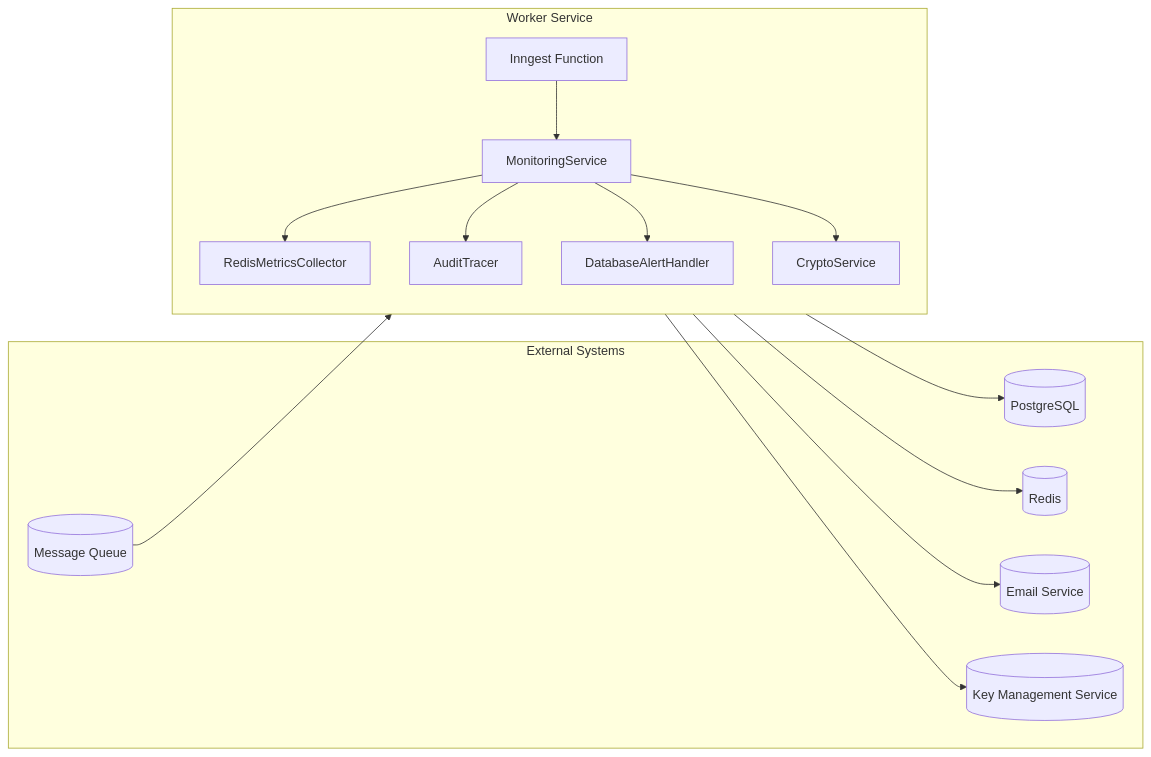
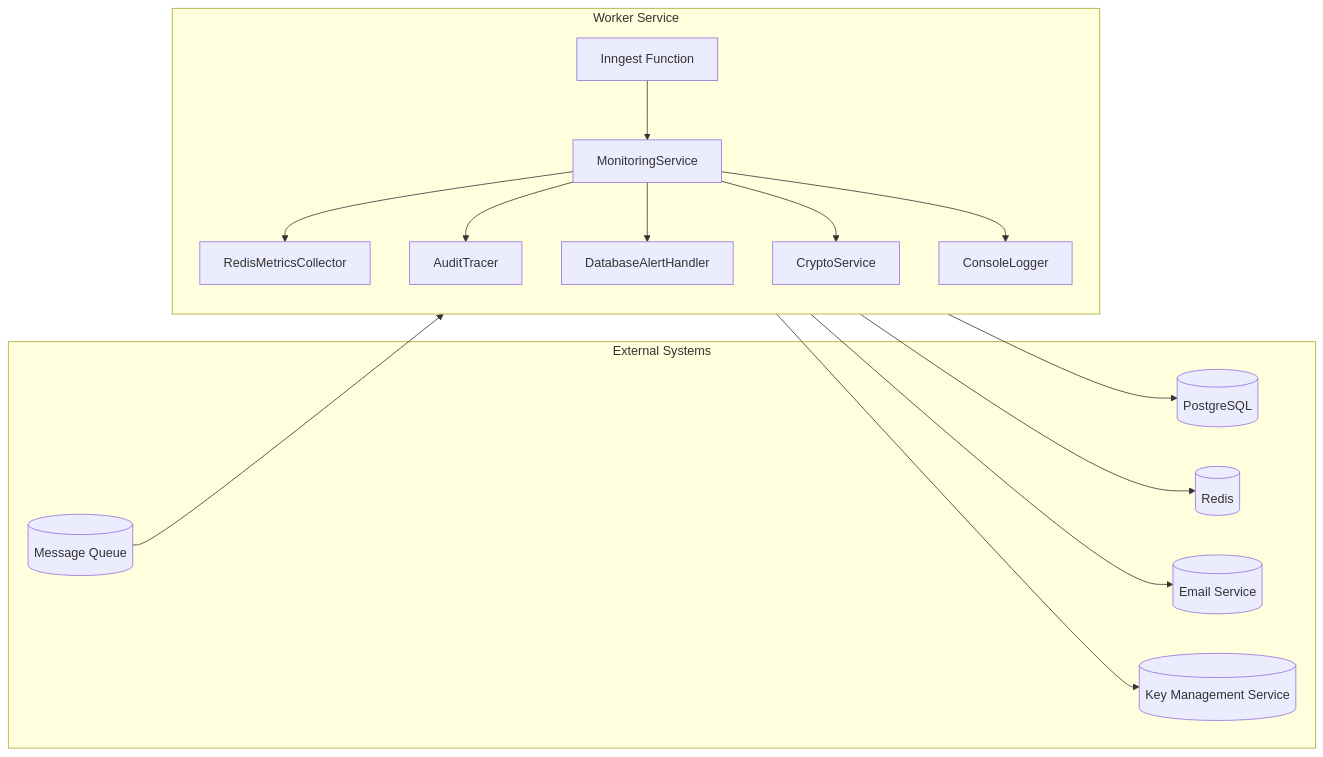
Before and after one commit to smedrec/smart-logs: the second of 8 diagrams in .qoder/repowiki/en/content/Worker Service.md, drawn with Mermaid. The commit also changed other lines of this file and 8 other files, not shown here.

````diff
--- a/.qoder/repowiki/en/content/Worker Service.md
+++ b/.qoder/repowiki/en/content/Worker Service.md
@@ -108,29 +110,31 @@
 ```mermaid
 graph LR
 subgraph "External Systems"
 MQ[(Message Queue)]
 DB[(PostgreSQL)]
 Cache[(Redis)]
 SMTP[(Email Service)]
 KMS[(Key Management Service)]
 end
 subgraph "Worker Service"
 direction TB
 Inngest[Inngest Function]
 Monitor[MonitoringService]
 Metrics[RedisMetricsCollector]
 Tracer[AuditTracer]
 Alerts[DatabaseAlertHandler]
 Crypto[CryptoService]
+Logger[ConsoleLogger]
 end
 MQ --> Inngest
 Inngest --> Monitor
 Monitor --> Metrics
 Monitor --> Tracer
 Monitor --> Alerts
 Monitor --> Crypto
+Monitor --> Logger
 Crypto --> KMS
 Alerts --> DB
 Metrics --> Cache
 Monitor --> SMTP
 ```
````
